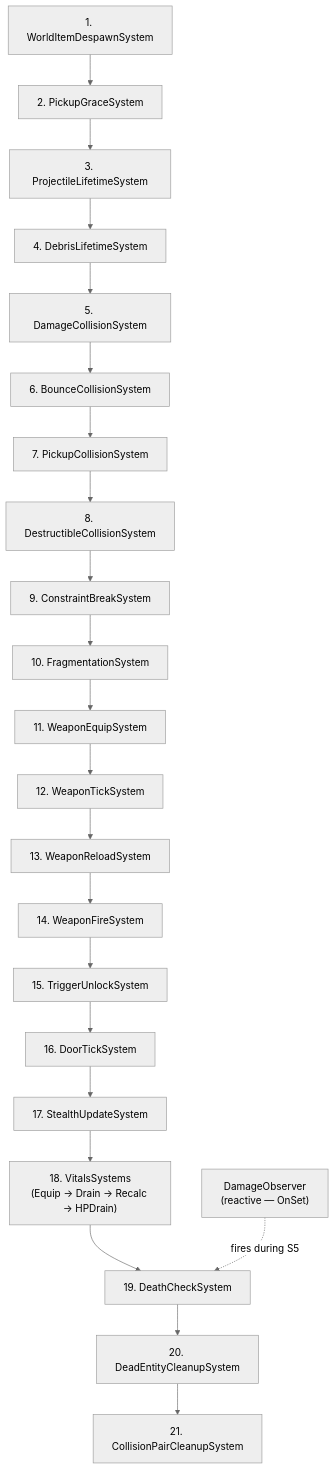
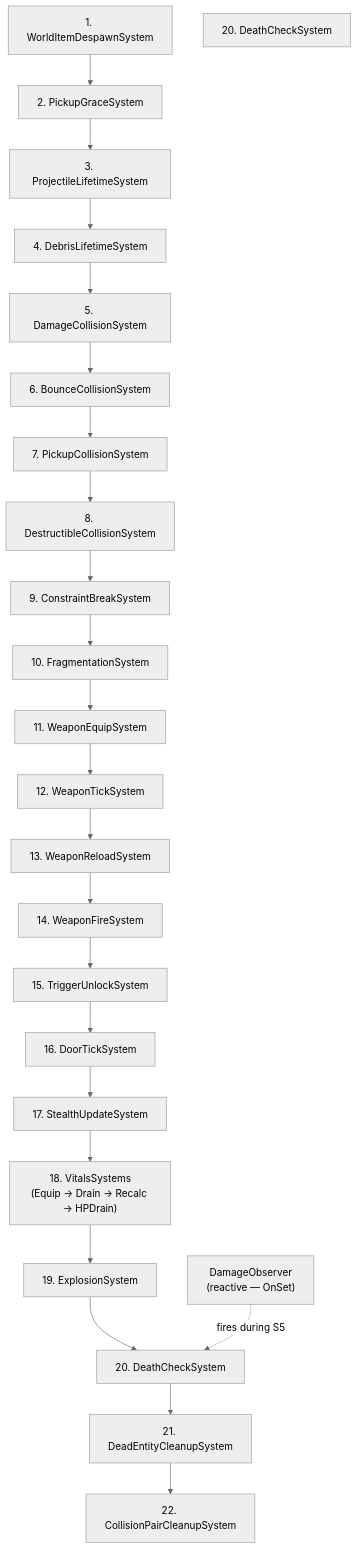
One commit to bluesteelll/FatumGame changed the diagram in docs/systems/system-execution-order.md. Above: the diagram before and after it, drawn with Mermaid (neutral theme). The commit also changed other lines of this file and 12 other files, not shown here.

````diff
--- a/docs/systems/system-execution-order.md
+++ b/docs/systems/system-execution-order.md
@@ -11,36 +11,38 @@
 ```mermaid
 graph TD
     DamageObs["DamageObserver<br/>(reactive — OnSet)"]
 
     S1["1. WorldItemDespawnSystem"]
     S2["2. PickupGraceSystem"]
     S3["3. ProjectileLifetimeSystem"]
     S4["4. DebrisLifetimeSystem"]
     S5["5. DamageCollisionSystem"]
     S6["6. BounceCollisionSystem"]
     S7["7. PickupCollisionSystem"]
     S8["8. DestructibleCollisionSystem"]
     S9["9. ConstraintBreakSystem"]
     S10["10. FragmentationSystem"]
     S11["11. WeaponEquipSystem"]
     S12["12. WeaponTickSystem"]
     S13["13. WeaponReloadSystem"]
     S14["14. WeaponFireSystem"]
     S15["15. TriggerUnlockSystem"]
     S16["16. DoorTickSystem"]
     S17["17. StealthUpdateSystem"]
     S18["18. VitalsSystems<br/>(Equip → Drain → Recalc → HPDrain)"]
-    S19["19. DeathCheckSystem"]
-    S20["20. DeadEntityCleanupSystem"]
-    S21["21. CollisionPairCleanupSystem"]
+    S18b["19. ExplosionSystem"]
+    S19["20. DeathCheckSystem"]
+    S20["20. DeathCheckSystem"]
+    S21["21. DeadEntityCleanupSystem"]
+    S22["22. CollisionPairCleanupSystem"]
 
     S1 --> S2 --> S3 --> S4
     S4 --> S5 --> S6 --> S7 --> S8
     S8 --> S9 --> S10
     S10 --> S11 --> S12 --> S13 --> S14
     S14 --> S15 --> S16
     S16 --> S17 --> S18
-    S18 --> S19 --> S20 --> S21
+    S18 --> S18b --> S20 --> S21 --> S22
 
-    DamageObs -.->|"fires during S5"| S19
+    DamageObs -.->|"fires during S5"| S20
 ```
````
